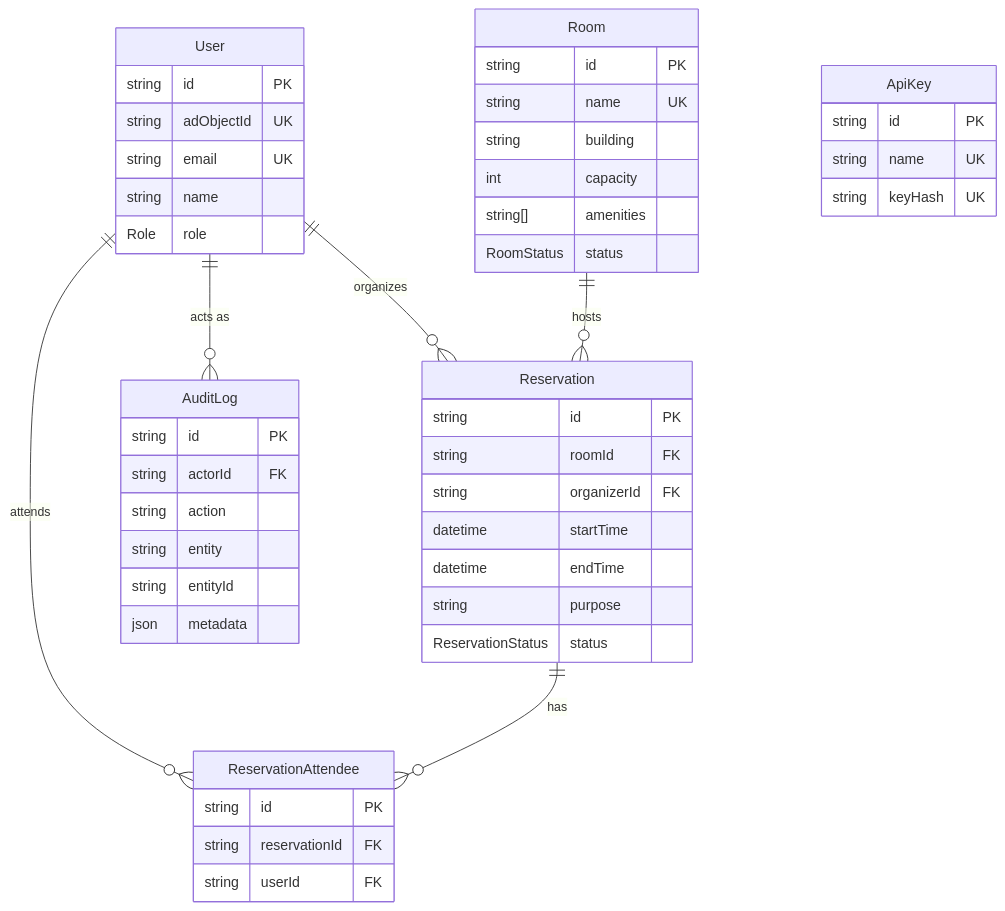
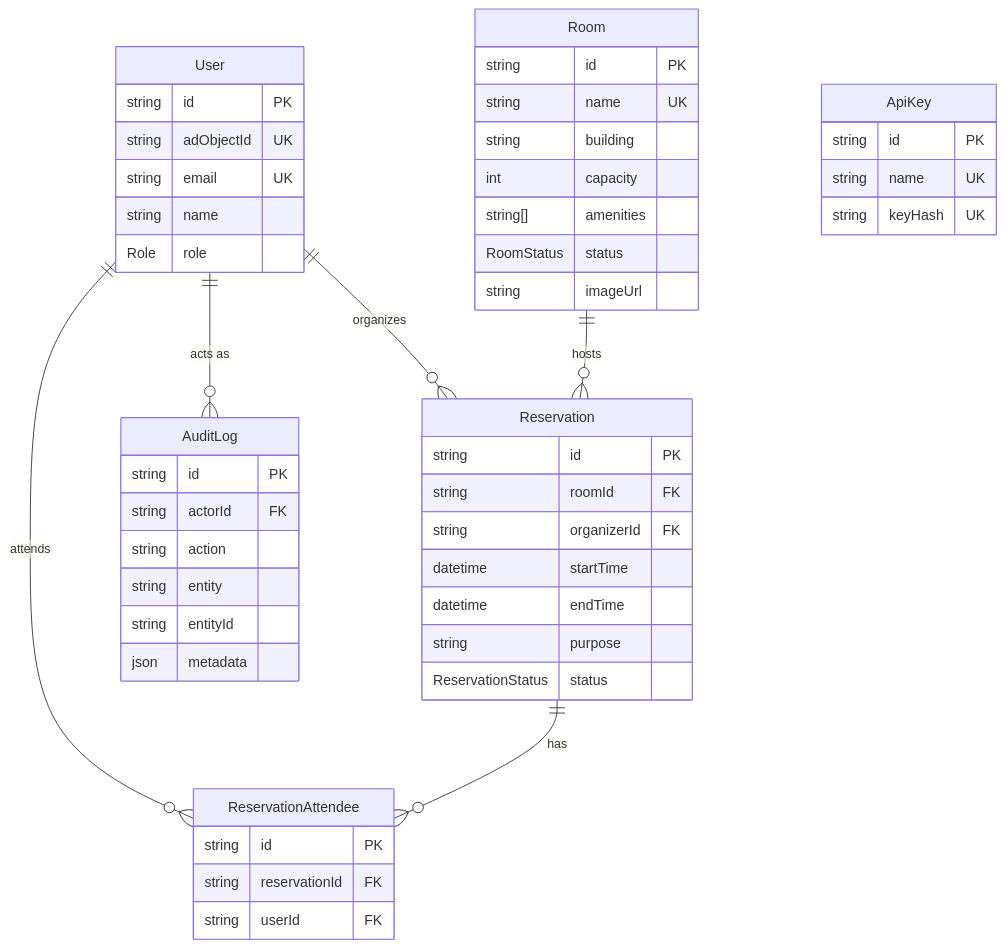
One commit to u6610909/spacereserve changed the second of 2 diagrams in backend/README.md. Above: the diagram before and after it, drawn with Mermaid. The commit also changed other lines of this file and 25 other files, not shown here.

````diff
--- a/backend/README.md
+++ b/backend/README.md
@@ -65,51 +65,52 @@
 ```mermaid
 erDiagram
     User ||--o{ Reservation : organizes
     User ||--o{ ReservationAttendee : attends
     User ||--o{ AuditLog : "acts as"
     Room ||--o{ Reservation : hosts
     Reservation ||--o{ ReservationAttendee : has
 
     User {
         string id PK
         string adObjectId UK
         string email UK
         string name
         Role role
     }
     Room {
         string id PK
         string name UK
         string building
         int capacity
         string[] amenities
         RoomStatus status
+        string imageUrl
     }
     Reservation {
         string id PK
         string roomId FK
         string organizerId FK
         datetime startTime
         datetime endTime
         string purpose
         ReservationStatus status
     }
     ReservationAttendee {
         string id PK
         string reservationId FK
         string userId FK
     }
     AuditLog {
         string id PK
         string actorId FK
         string action
         string entity
         string entityId
         json metadata
     }
     ApiKey {
         string id PK
         string name UK
         string keyHash UK
     }
 ```
````
